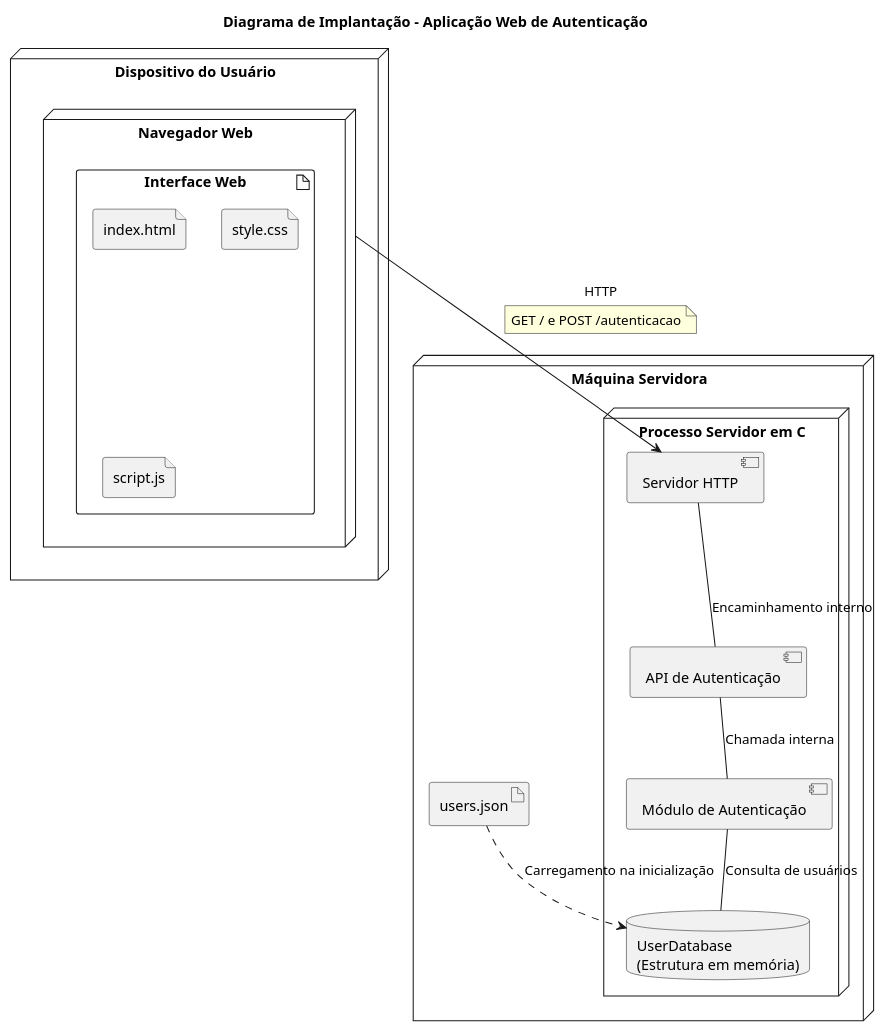
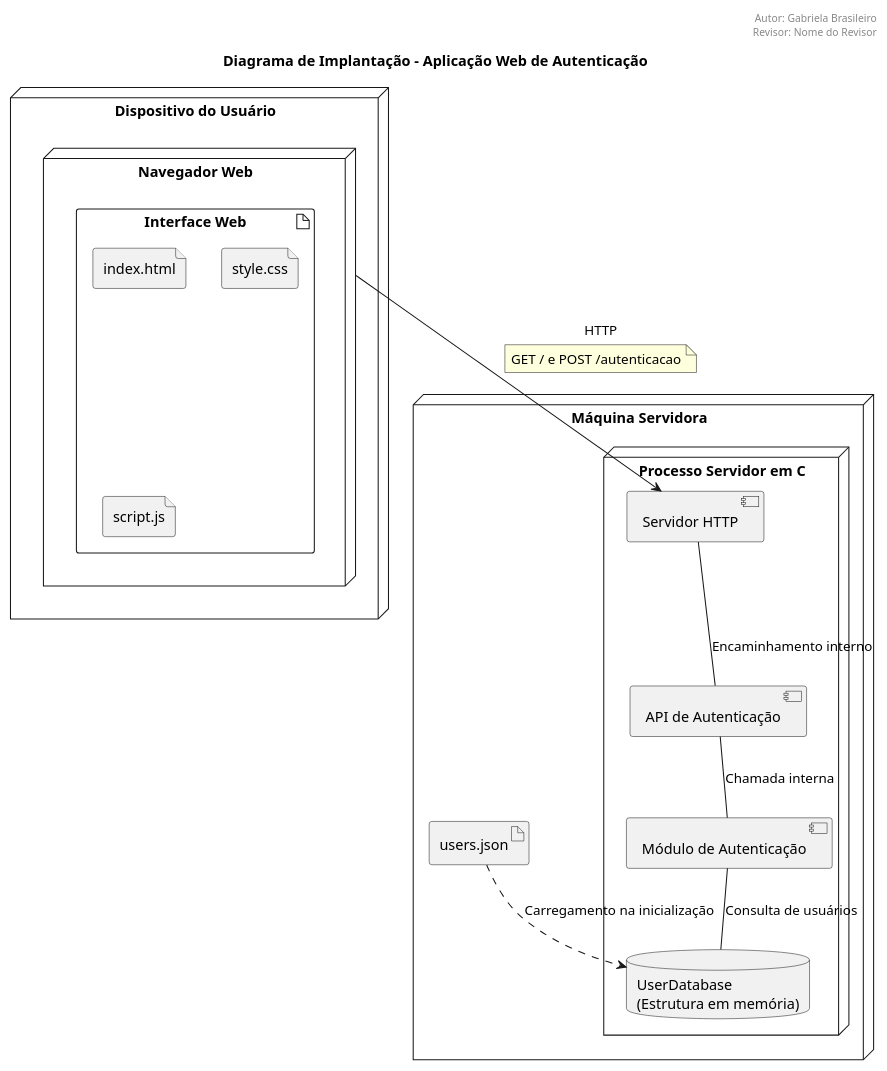
One commit to gabrielabmm/Dominios_de_Software changed the diagram in Diagramas/Diagrama_Implantacao/Diagrama_Imp.puml. Above: the diagram before and after it, drawn with PlantUML.

Commit message:
Add header with author and reviewer information

```diff
--- a/Diagramas/Diagrama_Implantacao/Diagrama_Imp.puml
+++ b/Diagramas/Diagrama_Implantacao/Diagrama_Imp.puml
@@ -1,40 +1,45 @@
 @startuml
 title Diagrama de Implantação - Aplicação Web de Autenticação
+
+header
+Autor: Gabriela Brasileiro
+Revisor: Nome do Revisor
+endheader
 
 node "Dispositivo do Usuário" as Cliente {
     
     node "Navegador Web" as Browser {
         artifact "Interface Web" as Interface {
             file "index.html"
             file "style.css"
             file "script.js"
         }
     }
 }
 
 node "Máquina Servidora" as Host {
 
     node "Processo Servidor em C" as Processo {
 
         component "Servidor HTTP" as HTTP
 
         component "API de Autenticação" as API
 
         component "Módulo de Autenticação" as Auth
 
         database "UserDatabase\n(Estrutura em memória)" as DB
     }
 
     artifact "users.json" as JSON
 }
 
 HTTP -- API : Encaminhamento interno
 API -- Auth : Chamada interna
 Auth -- DB : Consulta de usuários
 JSON ..> DB : Carregamento na inicialização
 
 Browser --> HTTP : HTTP
 note on link
 GET / e POST /autenticacao
 end note
 @enduml
```
